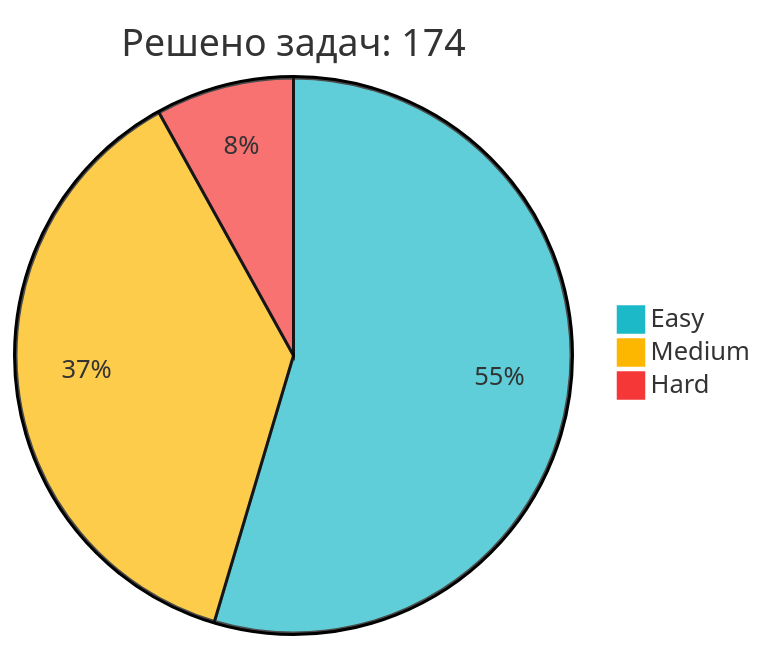
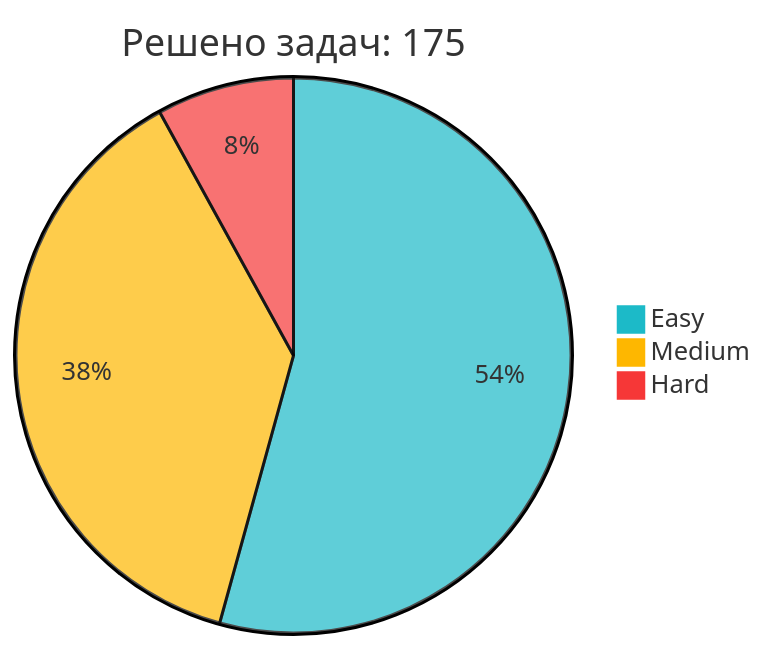
Before and after one commit to IliaKurdukov/IliaKurdukov: the diagram in README.md, drawn with Mermaid. The commit also changed other lines of this file, not shown here.

Commit message:
📈 Обновление статистики LeetCode

````diff
--- a/README.md
+++ b/README.md
@@ -51,7 +51,7 @@
 ```mermaid
 %%{init: {'theme': 'base', 'themeVariables': { 'pie1': '#1CBAC8', 'pie2': '#FEB700', 'pie3': '#F63737' }, 'config': {'width': 300, 'height': 200}}}%%
-pie title Решено задач: 174
+pie title Решено задач: 175
    "Easy" : 95
-   "Medium" : 65
+   "Medium" : 66
    "Hard" : 14
 ```
````
